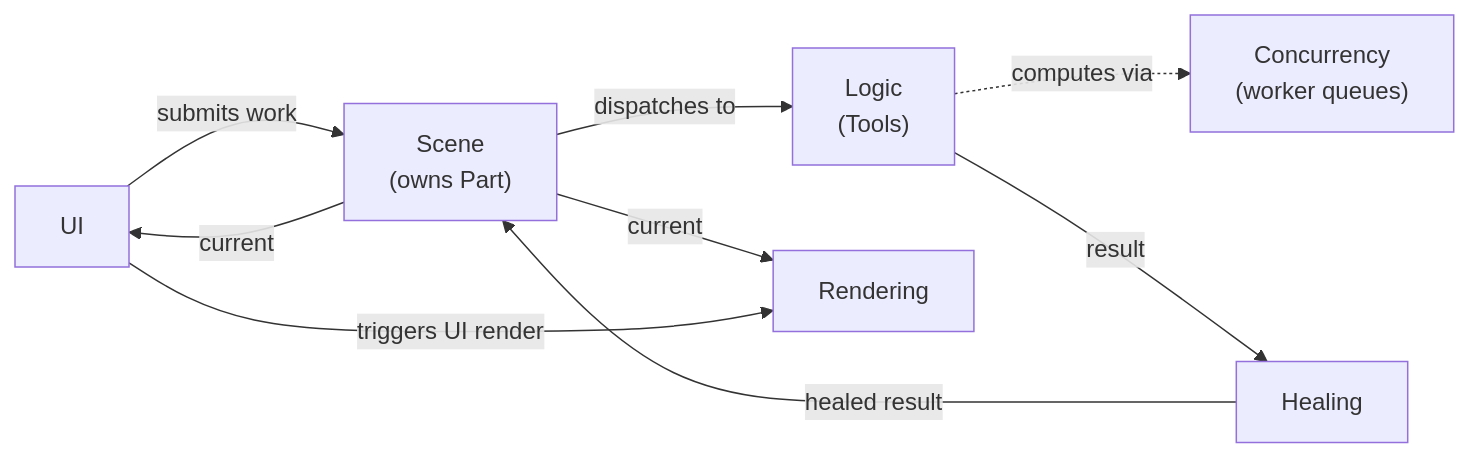
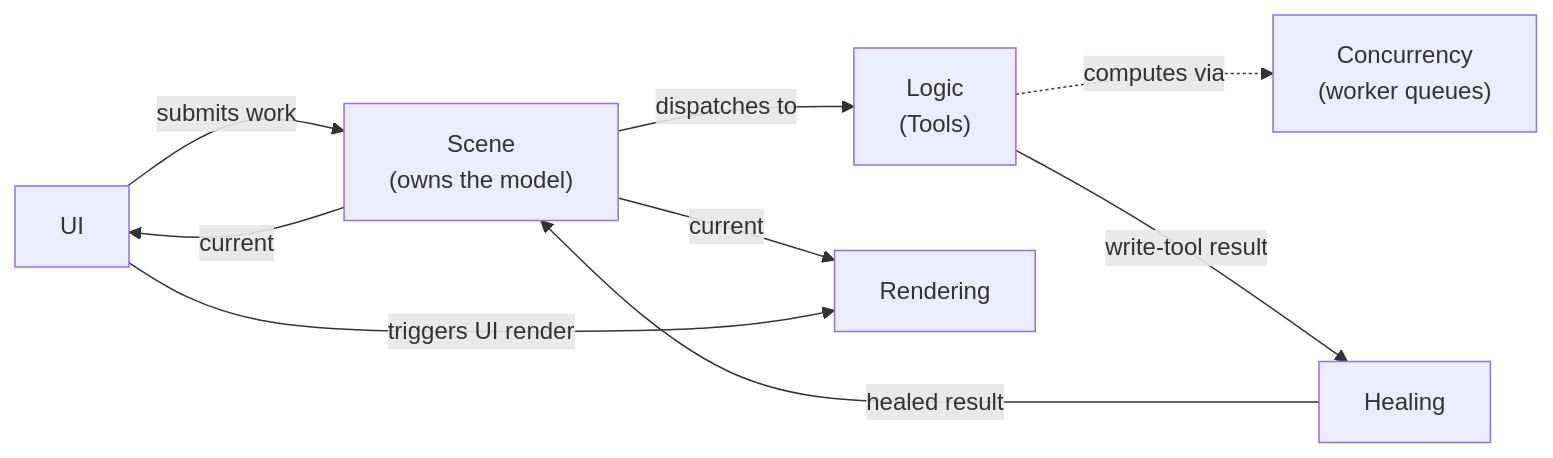
One commit to NikolaiIFedorov/3d-print-analyser changed the first of 6 diagrams in docs/architecture.md. Above: the diagram before and after it, drawn with Mermaid. The commit also changed other lines of this file, not shown here.

Commit message:
Clarification

````diff
--- a/docs/architecture.md
+++ b/docs/architecture.md
@@ -54,18 +54,18 @@
 ```mermaid
 flowchart LR
     UI["UI"]
-    Scene["Scene<br/>(owns Part)"]
+    Scene["Scene<br/>(owns the model)"]
     Logic["Logic<br/>(Tools)"]
     Concurrency["Concurrency<br/>(worker queues)"]
     Healing["Healing"]
     Rendering["Rendering"]
 
     UI -- "submits work" --> Scene
     Scene -- "dispatches to" --> Logic
     Logic -. "computes via" .-> Concurrency
-    Logic -- "result" --> Healing
+    Logic -- "write-tool result" --> Healing
     Healing -- "healed result" --> Scene
     Scene -- "current" --> Rendering
     Scene -- "current" --> UI
     UI -- "triggers UI render" --> Rendering
 ```
````
